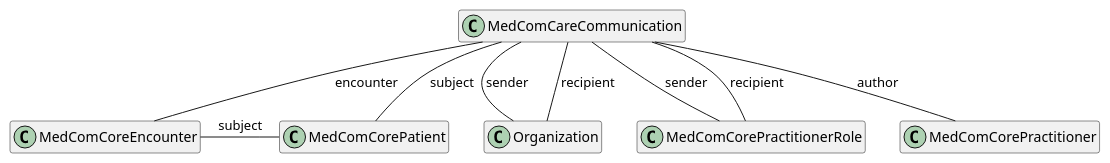
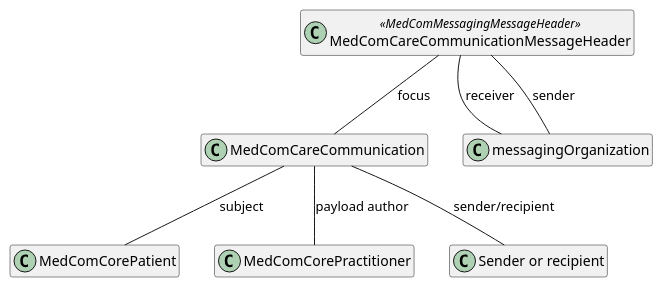
One commit to medcomdk/dk-medcom-carecommunication changed the diagram in puml/CareCommunicationCommunication.puml. Above: the diagram before and after it, drawn with PlantUML. The commit also changed 46 other files, not shown here.

First line of the commit message:
CareCommunication updated

```diff
--- a/puml/CareCommunicationCommunication.puml
+++ b/puml/CareCommunicationCommunication.puml
@@ -1,21 +1,19 @@
 @startuml CareCommunicationCommunication
 
 hide empty members
 
 class "MedComCareCommunication" as communication
 class "MedComCorePatient" as patient
-class "MedComCoreEncounter" as encounter
-class "Organization" as recipientOrganization
-class "MedComCorePractitionerRole" as recipientRole
 class "MedComCorePractitioner" as author
+class "Sender or recipient" as senderRec
+class "MedComCareCommunicationMessageHeader" as messageheader <<MedComMessagingMessageHeader>>
 
-communication -- encounter : "encounter"
+messageheader -- communication : "focus"
 communication -- patient : "subject"
-communication -- recipientOrganization : "sender"
-communication -- recipientRole : "sender"
-communication -- recipientOrganization : "recipient"
-communication -- recipientRole : "recipient"
-communication -- author : "author"
+communication -- author : "payload author"
+communication -- senderRec : "sender/recipient"
 
-encounter -patient :"subject"
+
+messageheader -- messagingOrganization : "receiver"
+messageheader -- messagingOrganization : "sender"
 @enduml
```
